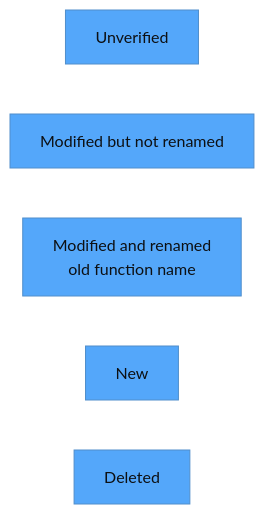
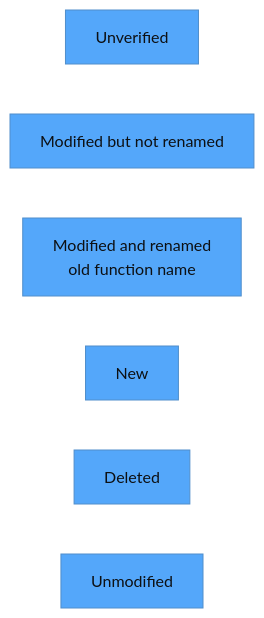
One commit to econia-labs/econia changed the first of 2 diagrams in src/move/econia/ignore/README.md. Above: the diagram before and after it, drawn with Mermaid. The commit also changed other lines of this file and 5 other files, not shown here.

````diff
--- a/src/move/econia/ignore/README.md
+++ b/src/move/econia/ignore/README.md
@@ -7,29 +7,33 @@
 ```mermaid
 
 %%{init: {'theme': 'base', 'themeVariables': {'primaryColor': '#54a7fa', 'lineColor': '#c4dcf1', 'primaryTextColor': '#0d1013', 'secondaryColor': '#c4dcf1'}}}%%
 
 flowchart LR
 
 %% Class definitions
 
     classDef modified_but_not_renamed fill:#00fa9a %% Medium Spring Green
     classDef modified_and_renamed fill:#a020f0 %% Purple
     classDef new fill:#87cefa %% Light Sky Blue
     classDef deleted fill:#708090 %% Slate Gray
+    classDef unmodified fill:#32cd32 %% Lime green
 
     id0[Unverified]
     style id0 fill:#ffa500 %% Orange
 
     id1[Modified but not renamed]
     class id1 modified_but_not_renamed;
 
     id2[Modified and renamed <br/> old function name]
     class id2 modified_and_renamed;
 
     id3[New]
     class id3 new;
 
     id4[Deleted]
     class id4 deleted;
 
+    id5[Unmodified]
+    class id5 unmodified;
+
 ```
````
